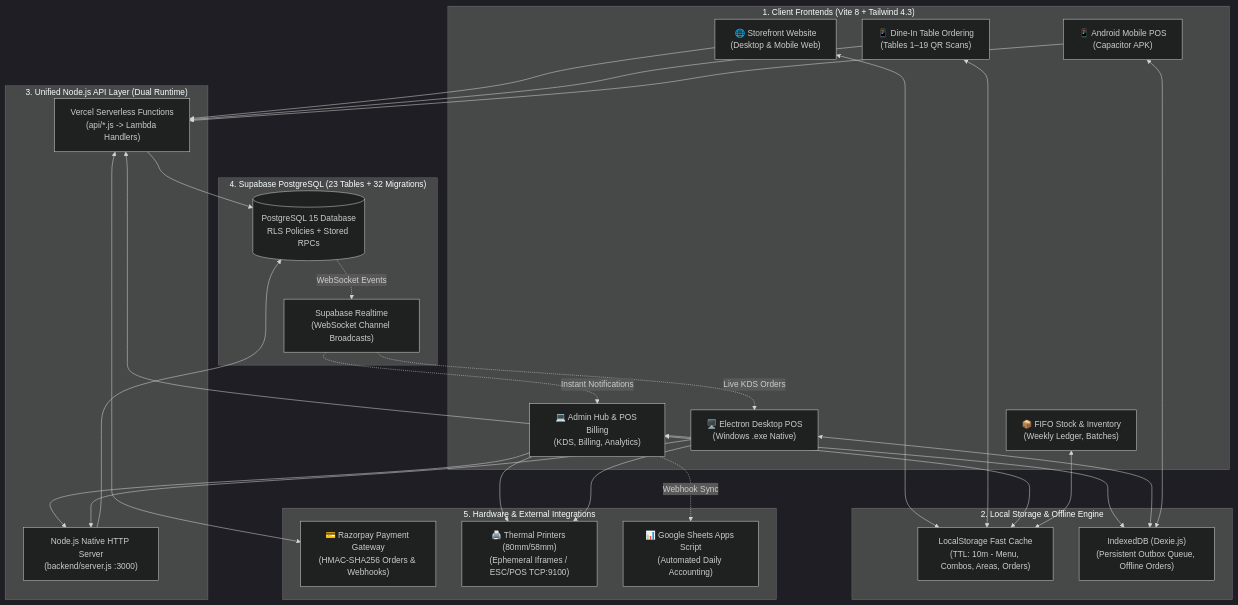
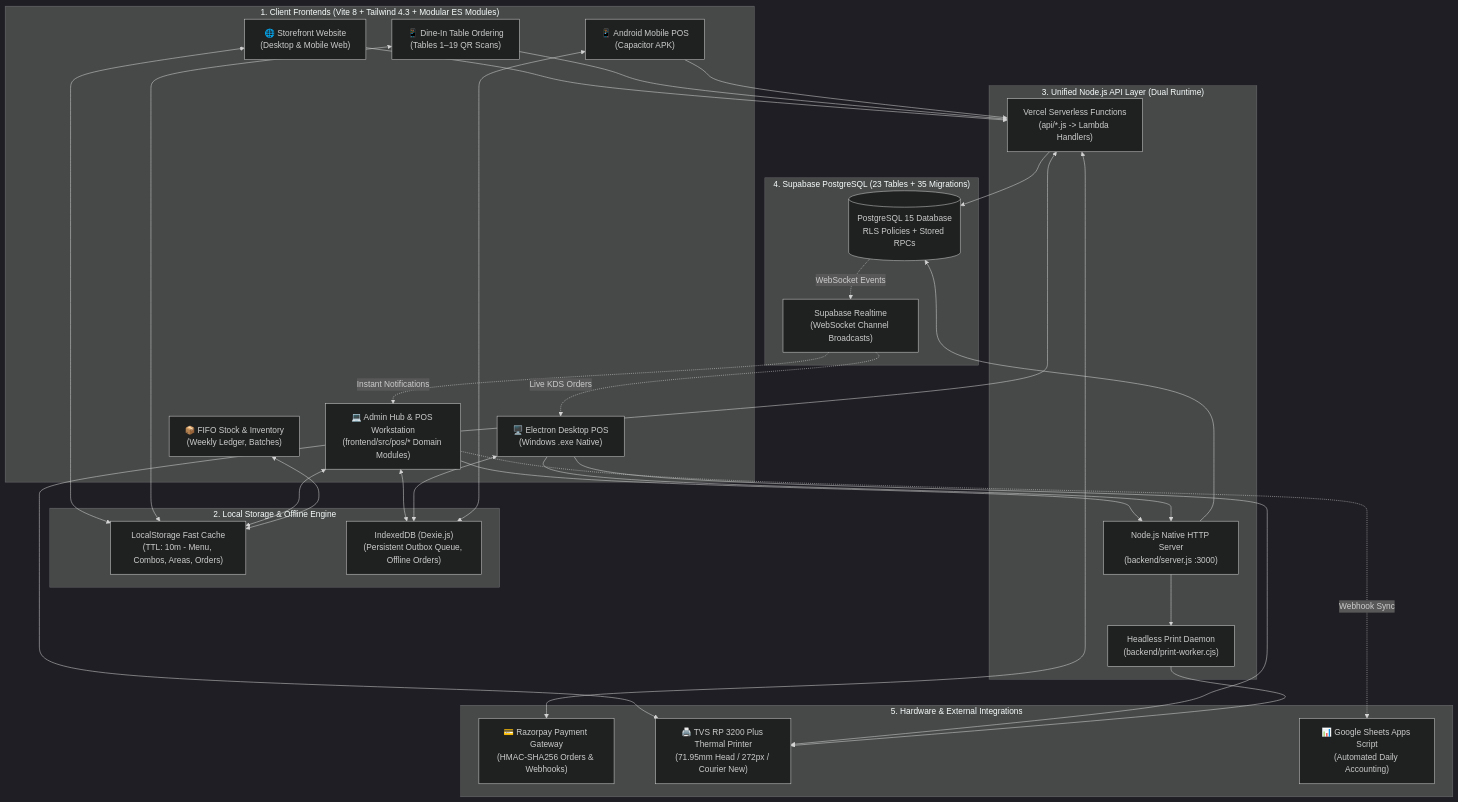
One commit to arfat87/E-COMMERSE-LIMRA-website changed the first of 2 diagrams in README.md. Above: the diagram before and after it, drawn with Mermaid (dark theme). The commit also changed other lines of this file and 77 other files, not shown here.

Commit message:
feat: implement comprehensive POS architecture, database migrations, and backend testing suite

````diff
--- a/README.md
+++ b/README.md
@@ -62,58 +67,60 @@
 ```mermaid
 flowchart TD
-    subgraph Clients["1. Client Frontends (Vite 8 + Tailwind 4.3)"]
+    subgraph Clients["1. Client Frontends (Vite 8 + Tailwind 4.3 + Modular ES Modules)"]
         Cust["🌐 Storefront Website\n(Desktop & Mobile Web)"]
         TableQR["📱 Dine-In Table Ordering\n(Tables 1–19 QR Scans)"]
-        AdminPOS["💻 Admin Hub & POS Billing\n(KDS, Billing, Analytics)"]
+        AdminPOS["💻 Admin Hub & POS Workstation\n(frontend/src/pos/* Domain Modules)"]
         StockUI["📦 FIFO Stock & Inventory\n(Weekly Ledger, Batches)"]
         ElectronPOS["🖥️ Electron Desktop POS\n(Windows .exe Native)"]
         CapacitorPOS["📱 Android Mobile POS\n(Capacitor APK)"]
     end
 
     subgraph FastStorage["2. Local Storage & Offline Engine"]
         LocalCache["LocalStorage Fast Cache\n(TTL: 10m - Menu, Combos, Areas, Orders)"]
         DexieDB["IndexedDB (Dexie.js)\n(Persistent Outbox Queue, Offline Orders)"]
     end
 
     subgraph BackendLayer["3. Unified Node.js API Layer (Dual Runtime)"]
         Serverless["Vercel Serverless Functions\n(api/*.js -> Lambda Handlers)"]
         NativeServer["Node.js Native HTTP Server\n(backend/server.js :3000)"]
+        PrintWorker["Headless Print Daemon\n(backend/print-worker.cjs)"]
     end
 
-    subgraph CloudDatabase["4. Supabase PostgreSQL (23 Tables + 32 Migrations)"]
+    subgraph CloudDatabase["4. Supabase PostgreSQL (23 Tables + 35 Migrations)"]
         Postgres[("PostgreSQL 15 Database\nRLS Policies + Stored RPCs")]
         Realtime["Supabase Realtime\n(WebSocket Channel Broadcasts)"]
     end
 
-    subgraph ExternalServices["5. Hardware & External Integrations"]
+    subgraph Hardware["5. Hardware & External Integrations"]
         Razorpay["💳 Razorpay Payment Gateway\n(HMAC-SHA256 Orders & Webhooks)"]
-        ThermalPrinters["🖨️ Thermal Printers (80mm/58mm)\n(Ephemeral Iframes / ESC/POS TCP:9100)"]
+        TVSPrinter["🖨️ TVS RP 3200 Plus Thermal Printer\n(71.95mm Head / 272px / Courier New)"]
         GoogleSheets["📊 Google Sheets Apps Script\n(Automated Daily Accounting)"]
     end
 
     Cust <--> LocalCache
     TableQR <--> LocalCache
     AdminPOS <--> LocalCache
     AdminPOS <--> DexieDB
     StockUI <--> LocalCache
     ElectronPOS <--> DexieDB
     CapacitorPOS <--> DexieDB
 
     Cust --> Serverless
     TableQR --> Serverless
     AdminPOS --> Serverless
     AdminPOS --> NativeServer
     ElectronPOS --> NativeServer
     CapacitorPOS --> Serverless
 
     Serverless --> Postgres
     NativeServer --> Postgres
     Serverless <--> Razorpay
     Postgres -. WebSocket Events .-> Realtime
     Realtime -. Instant Notifications .-> AdminPOS
     Realtime -. Live KDS Orders .-> ElectronPOS
 
-    AdminPOS --> ThermalPrinters
-    ElectronPOS --> ThermalPrinters
+    AdminPOS --> TVSPrinter
+    ElectronPOS --> TVSPrinter
+    NativeServer --> PrintWorker --> TVSPrinter
     AdminPOS -. Webhook Sync .-> GoogleSheets
 ```
````
